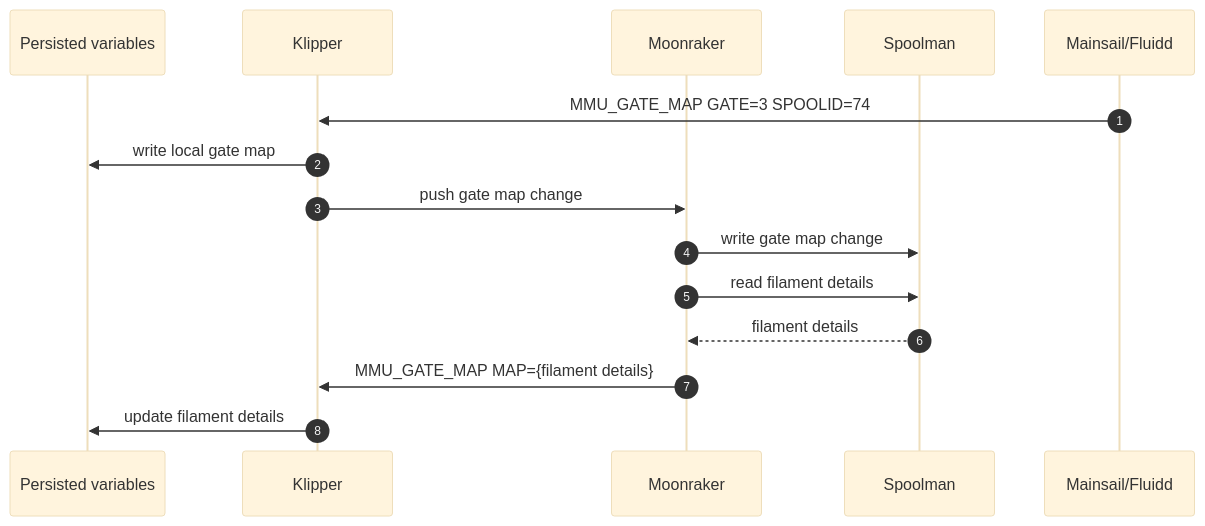
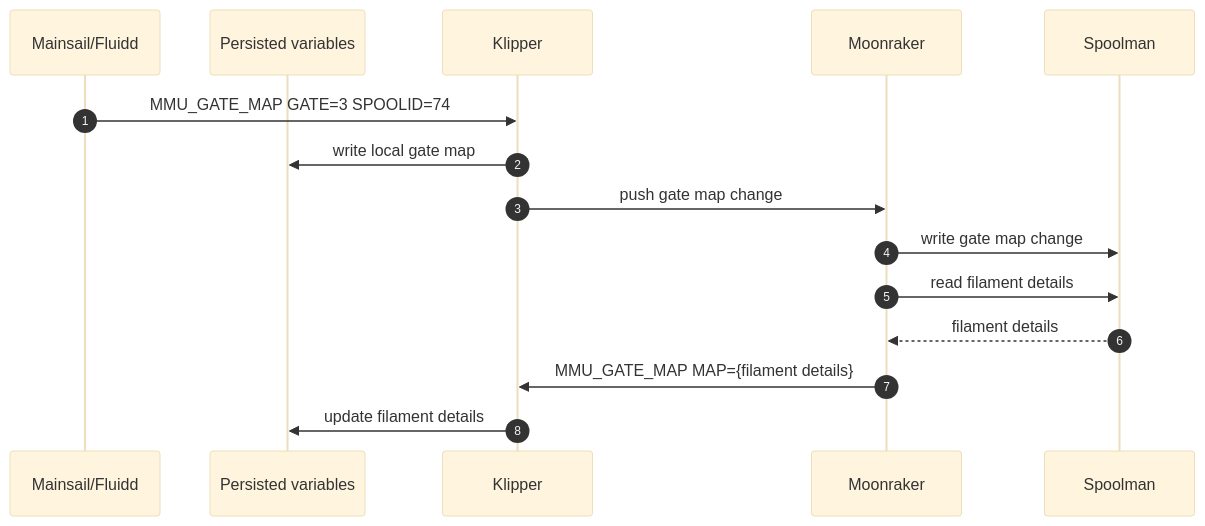
Before and after one commit to 3DCoded/Happy-Hare: the fourth of 6 diagrams in Spoolman-Support.md, drawn with Mermaid (base theme). The commit also changed other lines of this file, not shown here.

````diff
--- a/Spoolman-Support.md
+++ b/Spoolman-Support.md
@@ -153,18 +153,18 @@
 ```mermaid
 sequenceDiagram
     autonumber
+    participant MF as Mainsail/Fluidd
     participant L as Persisted variables
     participant K as Klipper
     participant M as Moonraker
     participant S as Spoolman
-    participant MF as Mainsail/Fluidd
 
     MF->>K: MMU_GATE_MAP GATE=3 SPOOLID=74
     K->>L: write local gate map
     K->>M: push gate map change
     M->>S: write gate map change
     M->>S: read filament details
     S-->>M: filament details
     M->>K: MMU_GATE_MAP MAP={filament details}
     K->>L: update filament details
 ```
````
